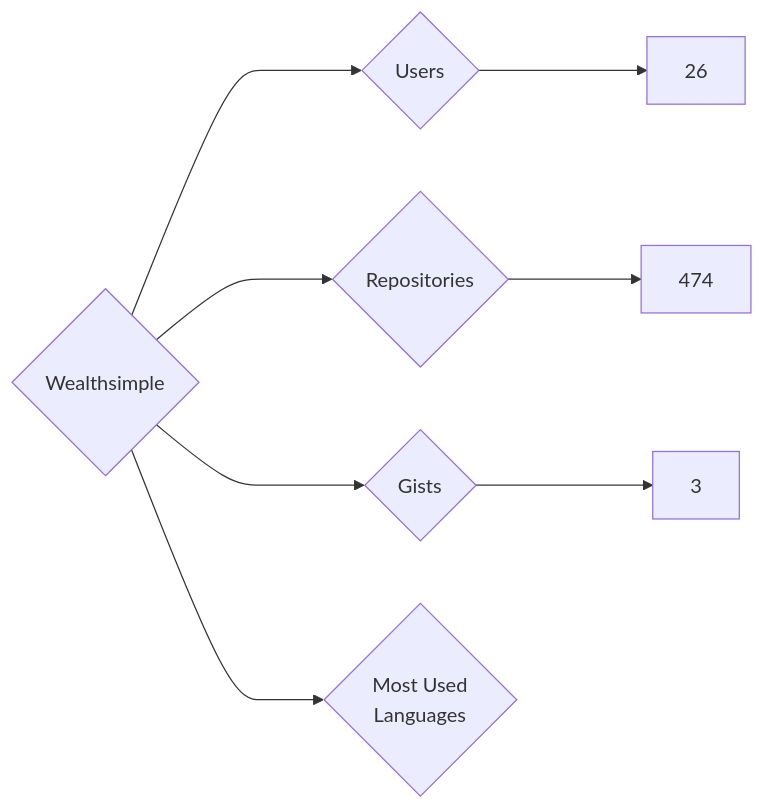
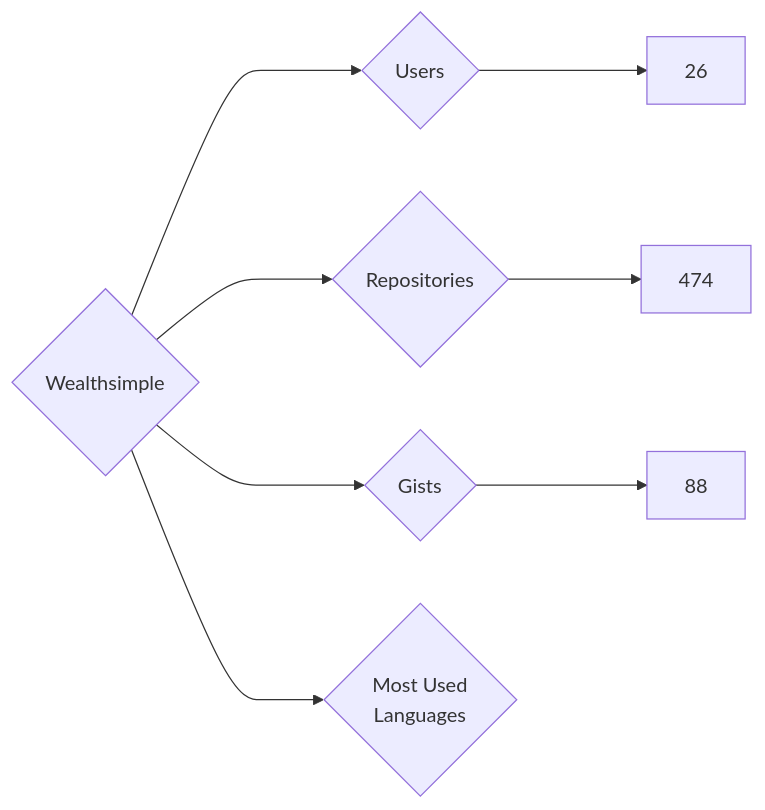
The diagram in targets/Wealthsimple/README.md (nenadzaric/insiders), drawn with Mermaid before and after one commit. The commit also changed 1342 other files, not shown here.

````diff
--- a/targets/Wealthsimple/README.md
+++ b/targets/Wealthsimple/README.md
@@ -3,8 +3,8 @@
 ```mermaid
 graph LR
 COMPANY_NAME{Wealthsimple}
 COMPANY_NAME ---> U{Users} ---> UN[26]
 COMPANY_NAME ---> R{Repositories} ---> RN[474]
-COMPANY_NAME ---> G{Gists} ---> GN[3]
+COMPANY_NAME ---> G{Gists} ---> GN[88]
 COMPANY_NAME ---> ML{Most Used<br>Languages}
 ```
````
